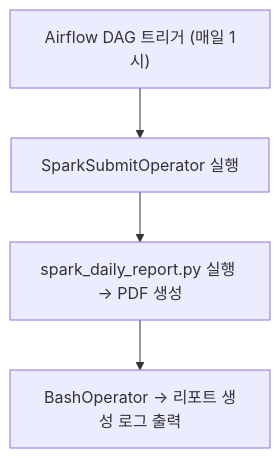
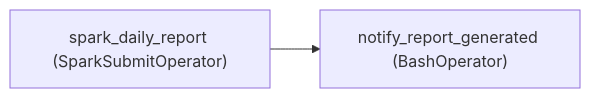
The diagram in data-pjt/batch/README.md (ha-nyang-95/news-recommendation-system), drawn with Mermaid before and after one commit. The commit also changed other lines of this file and 4 other files, not shown here.

````diff
--- a/data-pjt/batch/README.md
+++ b/data-pjt/batch/README.md
@@ -426,6 +107,4 @@
 ```mermaid
-graph TD
-A["Airflow DAG 트리거 (매일 1시)"] --> B[SparkSubmitOperator 실행]
-B --> C["spark_daily_report.py 실행 → PDF 생성"]
-C --> D["BashOperator → 리포트 생성 로그 출력"]
+graph LR
+A["spark_daily_report (SparkSubmitOperator)"] --> B["notify_report_generated (BashOperator)"]
 ```
````
